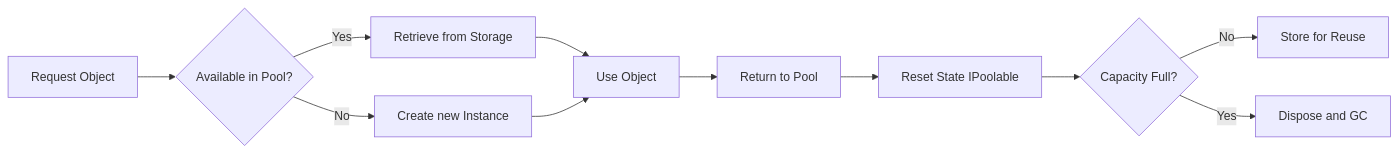
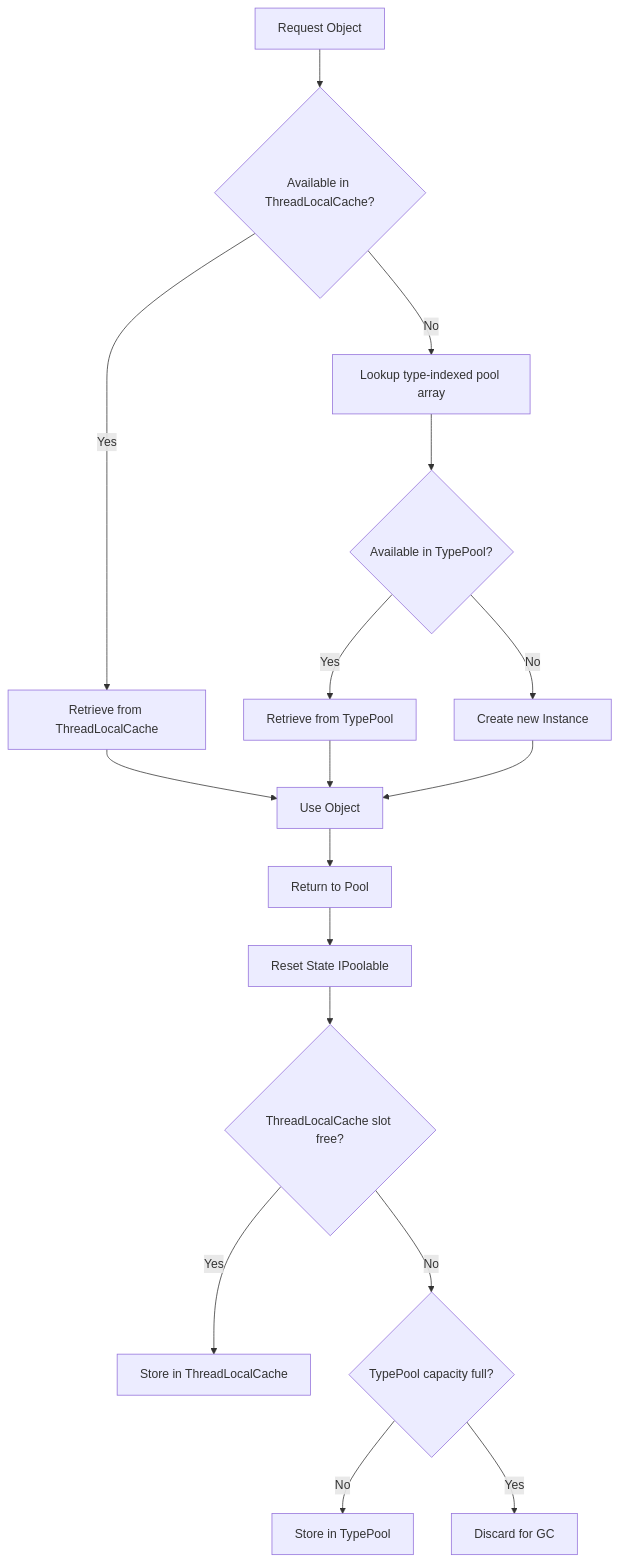
One commit to ppn-systems/Nalix changed the diagram in docs/api/framework/memory/object-pooling.md. Above: the diagram before and after it, drawn with Mermaid. The commit also changed other lines of this file and 14 other files, not shown here.

First line of the commit message:
perf(framework): optimize object pool using thread-local cache (#199)

````diff
--- a/docs/api/framework/memory/object-pooling.md
+++ b/docs/api/framework/memory/object-pooling.md
@@ -9,16 +9,22 @@
 ```mermaid
-flowchart LR
-    Start[Request Object] --> Cache{Available in Pool?}
-    Cache -- Yes --> Get[Retrieve from Storage]
-    Cache -- No --> Build[Create new Instance]
+flowchart TD
+    Start[Request Object] --> TLC{Available in ThreadLocalCache?}
+    TLC -- Yes --> PopTLC[Retrieve from ThreadLocalCache]
+    TLC -- No --> TypeIndex[Lookup type-indexed pool array]
+    TypeIndex --> TypeBucket{Available in TypePool?}
+    TypeBucket -- Yes --> PopTB[Retrieve from TypePool]
+    TypeBucket -- No --> Build[Create new Instance]
     
-    Get --> Use[Use Object]
+    PopTLC --> Use[Use Object]
+    PopTB --> Use
     Build --> Use
     
     Use --> Return[Return to Pool]
     Return --> Reset[Reset State IPoolable]
-    Reset --> Check{Capacity Full?}
+    Reset --> PushTLC{ThreadLocalCache slot free?}
     
-    Check -- No --> Save[Store for Reuse]
-    Check -- Yes --> Dispose[Dispose and GC]
+    PushTLC -- Yes --> StoreTLC[Store in ThreadLocalCache]
+    PushTLC -- No --> PushBucket{TypePool capacity full?}
+    PushBucket -- No --> StoreTB[Store in TypePool]
+    PushBucket -- Yes --> GC[Discard for GC]
 ```
````
